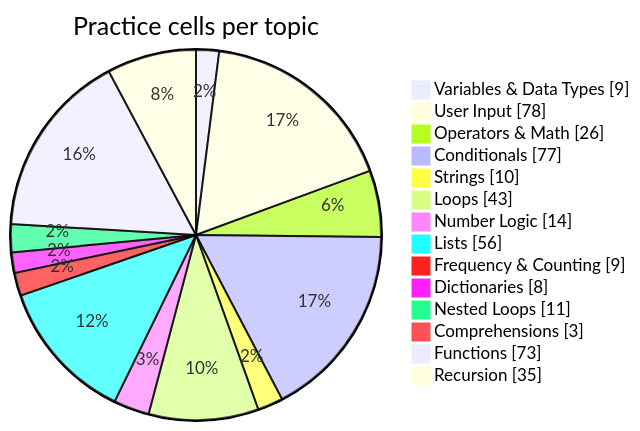
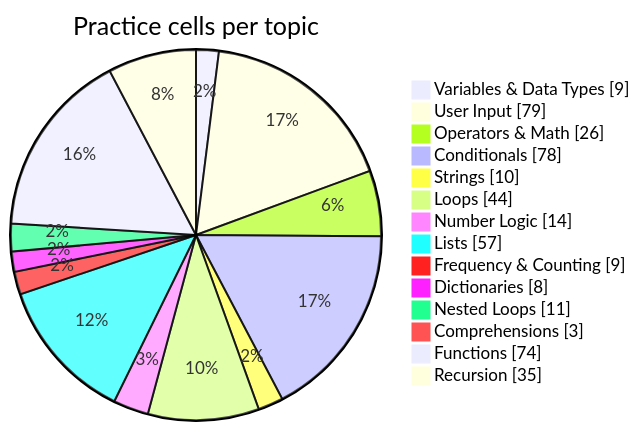
Before and after one commit to Phantom2101/Python-Daily-Practice: the diagram in README.md, drawn with Mermaid. The commit also changed other lines of this file and 1 other file, not shown here.

````diff
--- a/README.md
+++ b/README.md
@@ -126,17 +126,17 @@
 ```mermaid
 pie showData title Practice cells per topic
     "Variables & Data Types" : 9
-    "User Input" : 78
+    "User Input" : 79
     "Operators & Math" : 26
-    "Conditionals" : 77
+    "Conditionals" : 78
     "Strings" : 10
-    "Loops" : 43
+    "Loops" : 44
     "Number Logic" : 14
-    "Lists" : 56
+    "Lists" : 57
     "Frequency & Counting" : 9
     "Dictionaries" : 8
     "Nested Loops" : 11
     "Comprehensions" : 3
-    "Functions" : 73
+    "Functions" : 74
     "Recursion" : 35
 ```
````
